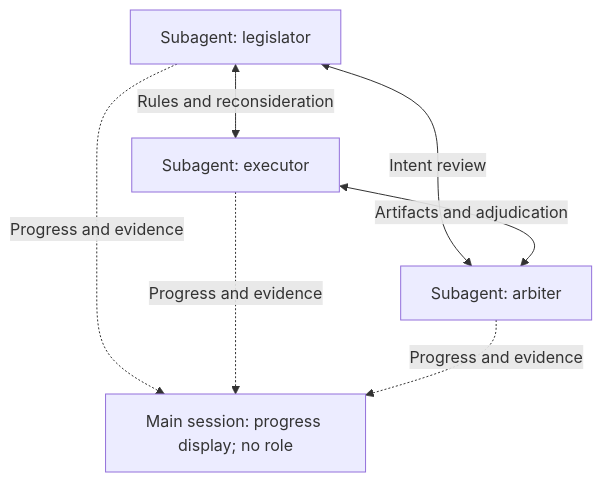
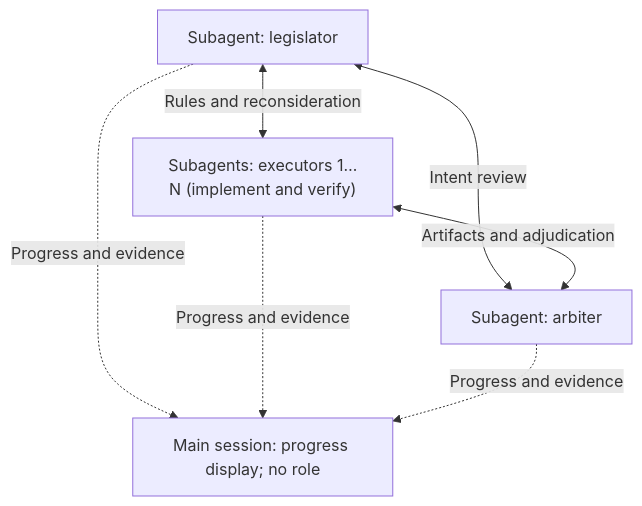
The second of 3 diagrams in README.en.md (Geruyang/GAS-Agent-Skills), drawn with Mermaid before and after one commit. The commit also changed other lines of this file and 62 other files, not shown here.

````diff
--- a/README.en.md
+++ b/README.en.md
@@ -85,13 +91,13 @@
 ```mermaid
 flowchart TB
     Main["Main session: progress display; no role"]
     L["Subagent: legislator"]
-    E["Subagent: executor"]
+    E["Subagents: executors 1…N (implement and verify)"]
     A["Subagent: arbiter"]
     L <-->|Rules and reconsideration| E
     L <-->|Intent review| A
     E <-->|Artifacts and adjudication| A
     L -.->|Progress and evidence| Main
     E -.->|Progress and evidence| Main
     A -.->|Progress and evidence| Main
 ```
````
